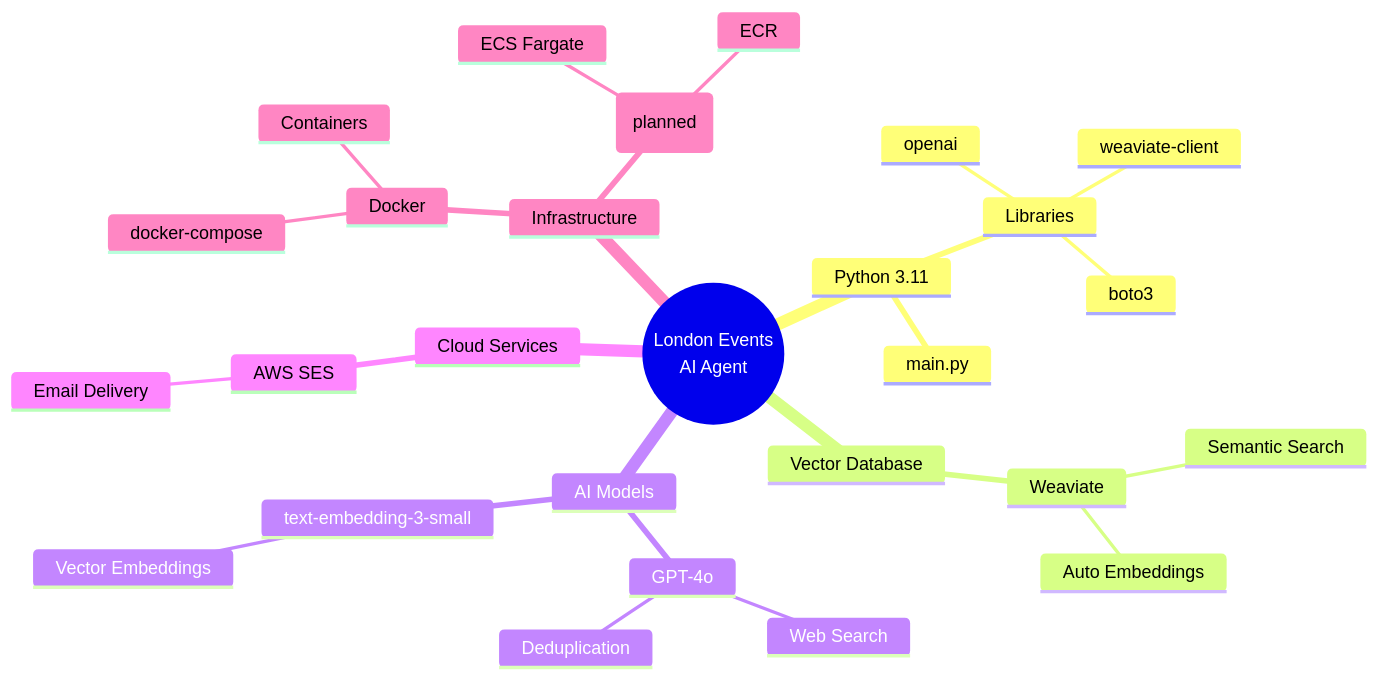
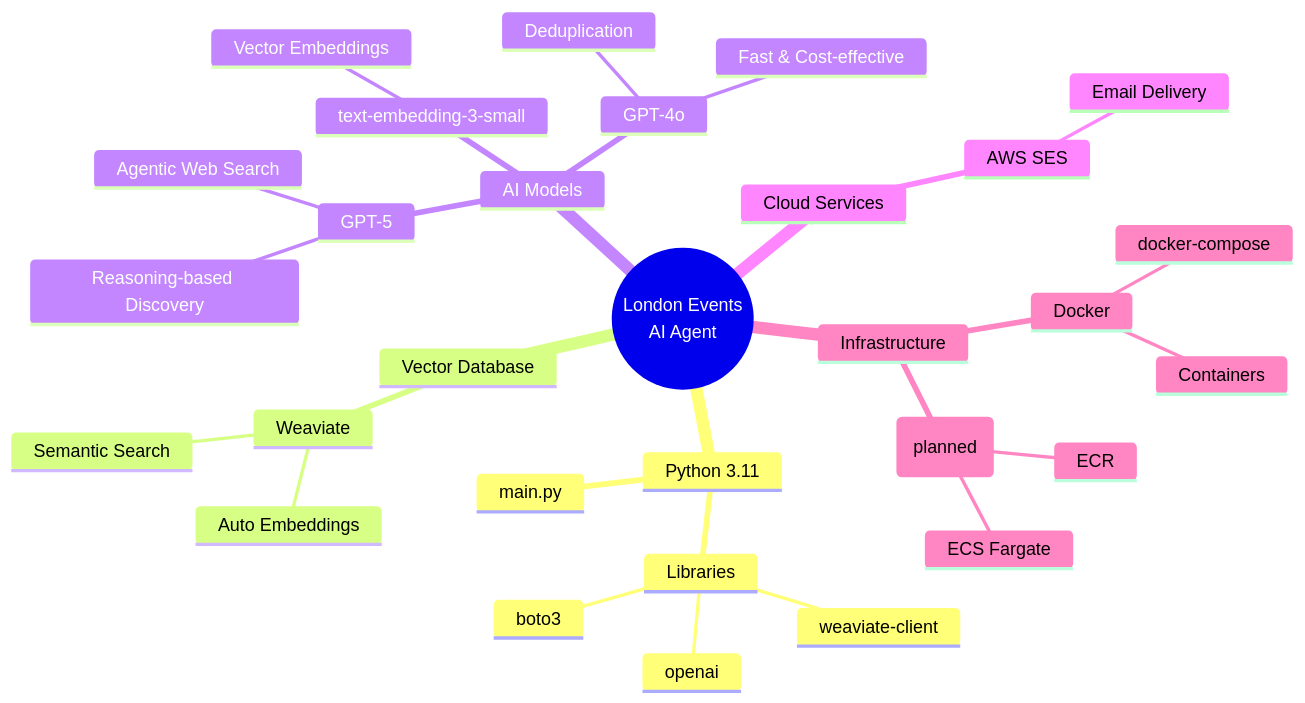
One commit to butlerwill1/llm-rag-event-discovery-pipeline changed the sixth of 6 diagrams in ARCHITECTURE.md. Above: the diagram before and after it, drawn with Mermaid. The commit also changed other lines of this file and 4 other files, not shown here.

Commit message:
Use Agentic web search

````diff
--- a/ARCHITECTURE.md
+++ b/ARCHITECTURE.md
@@ -245,30 +262,33 @@
 ```mermaid
 mindmap
   root((London Events<br/>AI Agent))
     Python 3.11
       main.py
       Libraries
         openai
         weaviate-client
         boto3
     Vector Database
       Weaviate
         Semantic Search
         Auto Embeddings
     AI Models
+      GPT-5
+        Agentic Web Search
+        Reasoning-based Discovery
       GPT-4o
-        Web Search
         Deduplication
+        Fast & Cost-effective
       text-embedding-3-small
         Vector Embeddings
     Cloud Services
       AWS SES
         Email Delivery
     Infrastructure
       Docker
         docker-compose
         Containers
       Terraform (planned)
         ECS Fargate
         ECR
 ```
````
